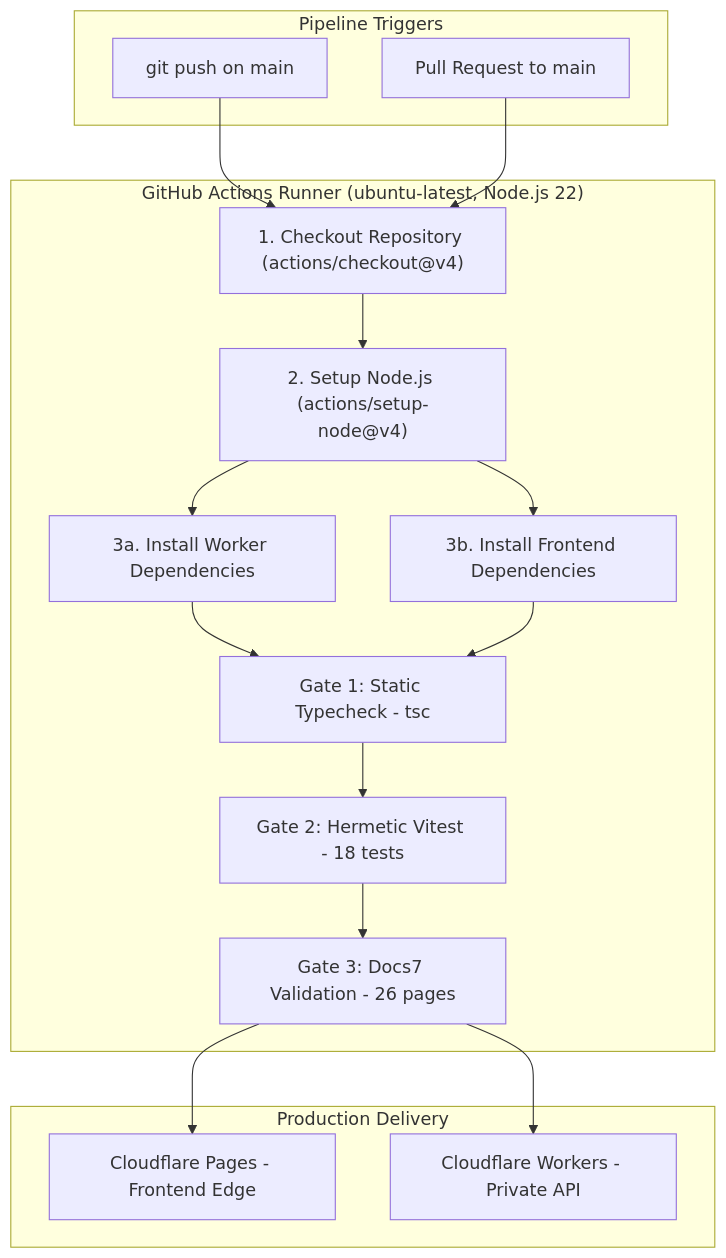
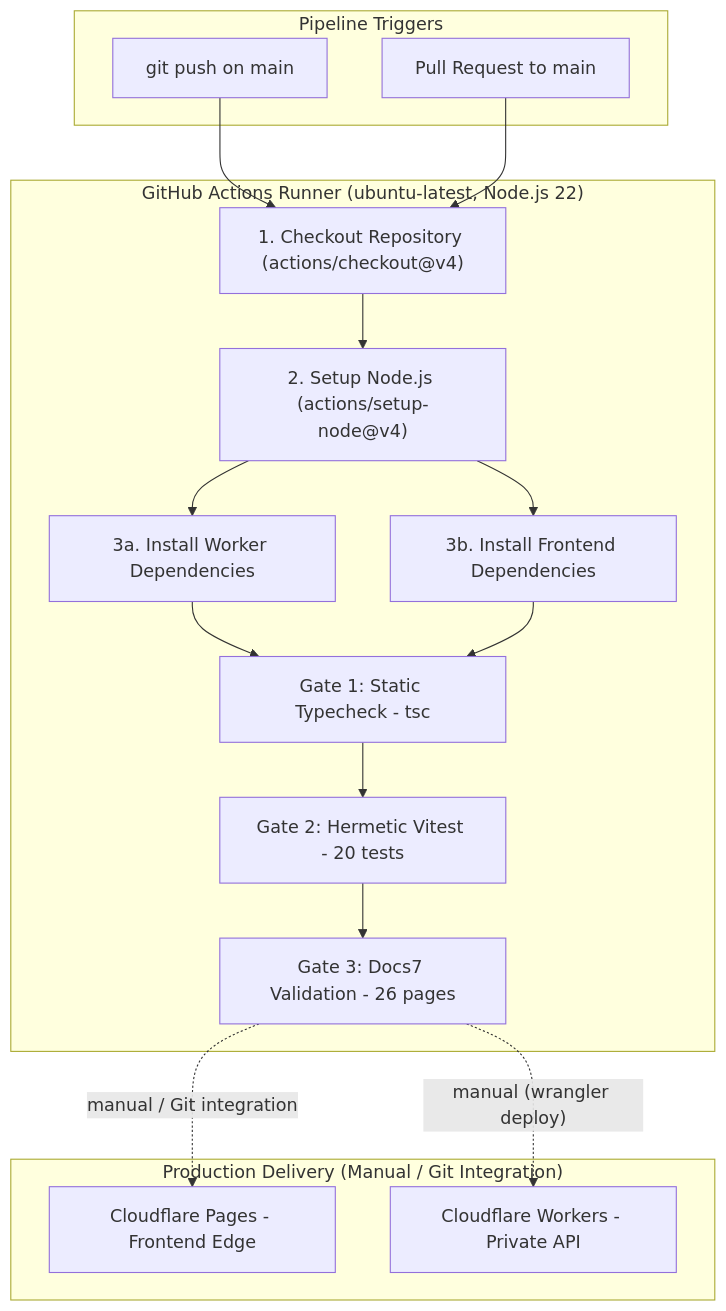
The diagram in docs/ci-cd.mdx (AmritSDutta/kalidass), drawn with Mermaid before and after one commit. The commit also changed other lines of this file and 13 other files, not shown here.

````diff
--- a/docs/ci-cd.mdx
+++ b/docs/ci-cd.mdx
@@ -14,31 +14,31 @@
 ```mermaid
 flowchart TD
   subgraph Event["Pipeline Triggers"]
     PushEvent["git push on main"]
     PREvent["Pull Request to main"]
   end
   subgraph Runner["GitHub Actions Runner (ubuntu-latest, Node.js 22)"]
     Checkout["1. Checkout Repository (actions/checkout@v4)"]
     SetupNode["2. Setup Node.js (actions/setup-node@v4)"]
     InstallWorker["3a. Install Worker Dependencies"]
     InstallFrontend["3b. Install Frontend Dependencies"]
     GateTypecheck["Gate 1: Static Typecheck - tsc"]
-    GateVitest["Gate 2: Hermetic Vitest - 18 tests"]
+    GateVitest["Gate 2: Hermetic Vitest - 20 tests"]
     GateDocs["Gate 3: Docs7 Validation - 26 pages"]
   end
-  subgraph Deploy["Production Delivery"]
+  subgraph Deploy["Production Delivery (Manual / Git Integration)"]
     PagesDeploy["Cloudflare Pages - Frontend Edge"]
     WorkerDeploy["Cloudflare Workers - Private API"]
   end
   PushEvent --> Checkout
   PREvent --> Checkout
   Checkout --> SetupNode
   SetupNode --> InstallWorker
   SetupNode --> InstallFrontend
   InstallWorker --> GateTypecheck
   InstallFrontend --> GateTypecheck
   GateTypecheck --> GateVitest
   GateVitest --> GateDocs
-  GateDocs --> PagesDeploy
-  GateDocs --> WorkerDeploy
+  GateDocs -.->|"manual / Git integration"| PagesDeploy
+  GateDocs -.->|"manual (wrangler deploy)"| WorkerDeploy
 ```
````
